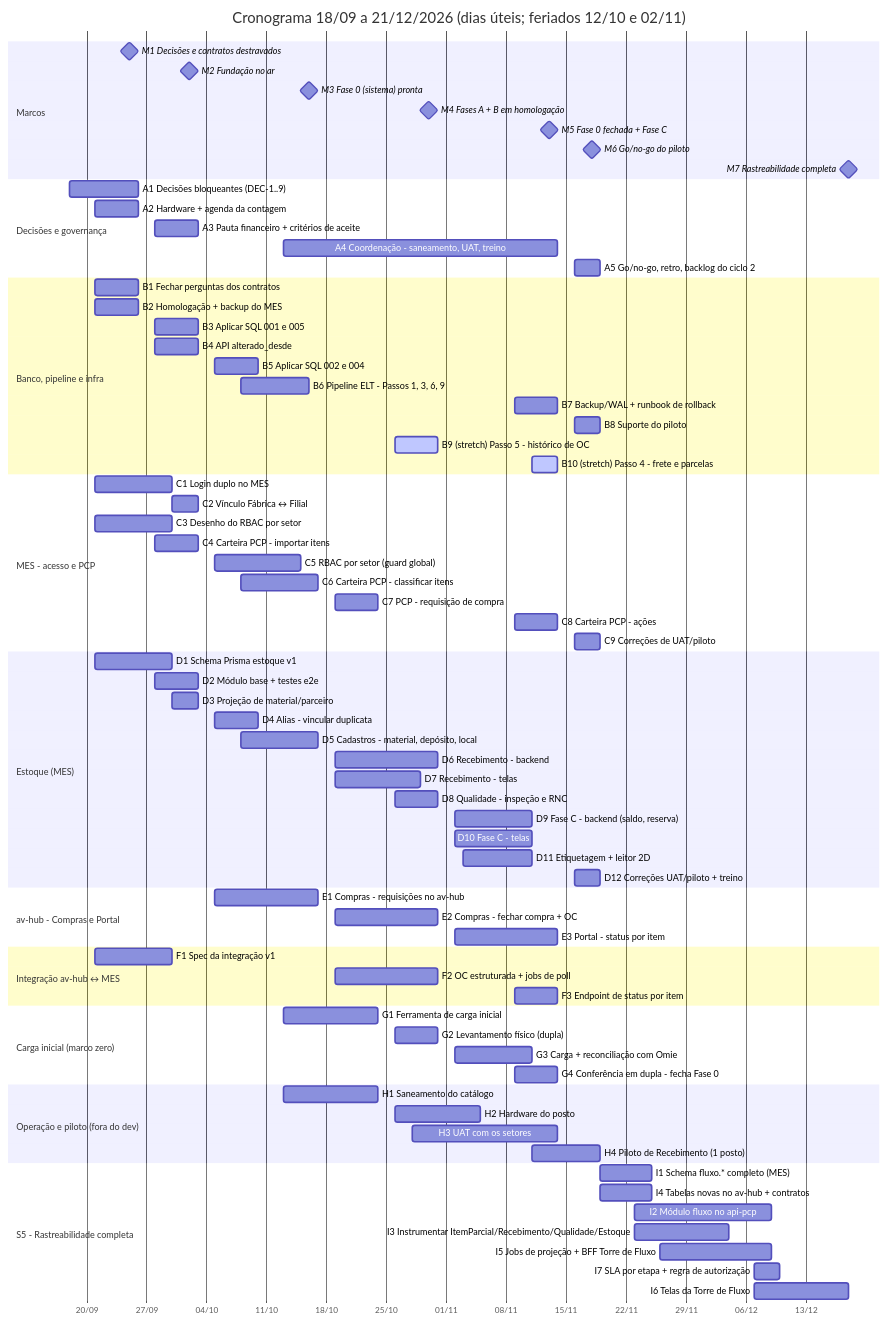
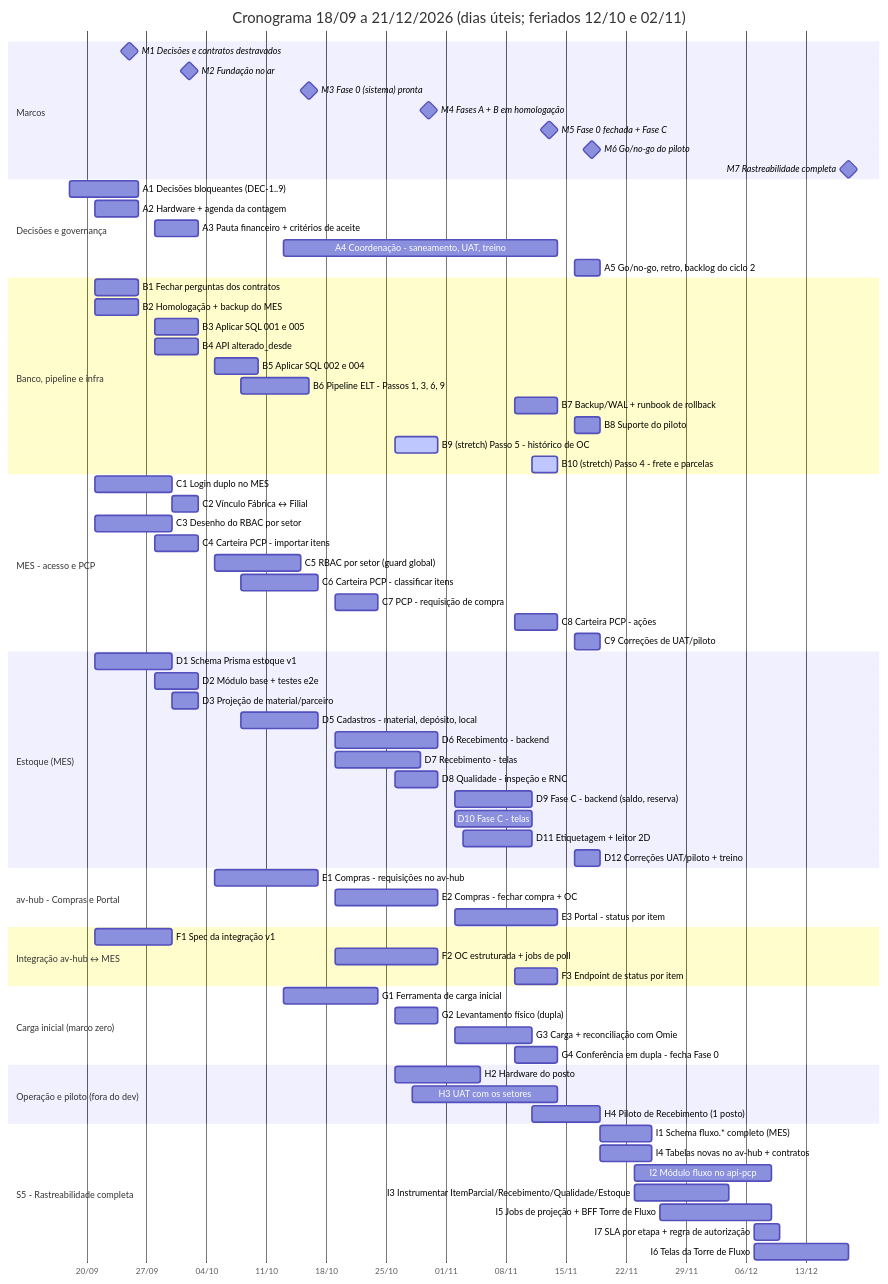
The diagram in 07-Cronograma/Cronograma-2-Meses.md (Acosvital/vault-avhub-mer), drawn with Mermaid before and after one commit. The commit also changed other lines of this file and 3 other files, not shown here.

````diff
--- a/07-Cronograma/Cronograma-2-Meses.md
+++ b/07-Cronograma/Cronograma-2-Meses.md
@@ -231,80 +231,78 @@
 ```mermaid
 gantt
     title Cronograma 18/09 a 21/12/2026 (dias úteis; feriados 12/10 e 02/11)
     dateFormat YYYY-MM-DD
     axisFormat %d/%m
     section Marcos
     M1 Decisões e contratos destravados :milestone, m1, 2026-09-25, 0d
     M2 Fundação no ar :milestone, m2, 2026-10-02, 0d
     M3 Fase 0 (sistema) pronta :milestone, m3, 2026-10-16, 0d
     M4 Fases A + B em homologação :milestone, m4, 2026-10-30, 0d
     M5 Fase 0 fechada + Fase C :milestone, m5, 2026-11-13, 0d
     M6 Go/no-go do piloto :milestone, m6, 2026-11-18, 0d
     M7 Rastreabilidade completa :milestone, m7, 2026-12-18, 0d
     section Decisões e governança
     A1 Decisões bloqueantes (DEC-1..9) :a1, 2026-09-18, 2026-09-26
     A2 Hardware + agenda da contagem :a2, 2026-09-21, 2026-09-26
     A3 Pauta financeiro + critérios de aceite :a3, 2026-09-28, 2026-10-03
     A4 Coordenação - saneamento, UAT, treino :a4, 2026-10-13, 2026-11-14
     A5 Go/no-go, retro, backlog do ciclo 2 :a5, 2026-11-16, 2026-11-19
     section Banco, pipeline e infra
     B1 Fechar perguntas dos contratos :b1, 2026-09-21, 2026-09-26
     B2 Homologação + backup do MES :b2, 2026-09-21, 2026-09-26
     B3 Aplicar SQL 001 e 005 :b3, 2026-09-28, 2026-10-03
     B4 API alterado_desde :b4, 2026-09-28, 2026-10-03
     B5 Aplicar SQL 002 e 004 :b5, 2026-10-05, 2026-10-10
     B6 Pipeline ELT - Passos 1, 3, 6, 9 :b6, 2026-10-08, 2026-10-16
     B7 Backup/WAL + runbook de rollback :b7, 2026-11-09, 2026-11-14
     B8 Suporte do piloto :b8, 2026-11-16, 2026-11-19
     B9 (stretch) Passo 5 - histórico de OC :active, b9, 2026-10-26, 2026-10-31
     B10 (stretch) Passo 4 - frete e parcelas :active, b10, 2026-11-11, 2026-11-14
     section MES - acesso e PCP
     C1 Login duplo no MES :c1, 2026-09-21, 2026-09-30
     C2 Vínculo Fábrica ↔ Filial :c2, 2026-09-30, 2026-10-03
     C3 Desenho do RBAC por setor :c3, 2026-09-21, 2026-09-30
     C4 Carteira PCP - importar itens :c4, 2026-09-28, 2026-10-03
     C5 RBAC por setor (guard global) :c5, 2026-10-05, 2026-10-15
     C6 Carteira PCP - classificar itens :c6, 2026-10-08, 2026-10-17
     C7 PCP - requisição de compra :c7, 2026-10-19, 2026-10-24
     C8 Carteira PCP - ações :c8, 2026-11-09, 2026-11-14
     C9 Correções de UAT/piloto :c9, 2026-11-16, 2026-11-19
     section Estoque (MES)
     D1 Schema Prisma estoque v1 :d1, 2026-09-21, 2026-09-30
     D2 Módulo base + testes e2e :d2, 2026-09-28, 2026-10-03
     D3 Projeção de material/parceiro :d3, 2026-09-30, 2026-10-03
-    D4 Alias - vincular duplicata :d4, 2026-10-05, 2026-10-10
     D5 Cadastros - material, depósito, local :d5, 2026-10-08, 2026-10-17
     D6 Recebimento - backend :d6, 2026-10-19, 2026-10-31
     D7 Recebimento - telas :d7, 2026-10-19, 2026-10-29
     D8 Qualidade - inspeção e RNC :d8, 2026-10-26, 2026-10-31
     D9 Fase C - backend (saldo, reserva) :d9, 2026-11-02, 2026-11-11
     D10 Fase C - telas :d10, 2026-11-02, 2026-11-11
     D11 Etiquetagem + leitor 2D :d11, 2026-11-03, 2026-11-11
     D12 Correções UAT/piloto + treino :d12, 2026-11-16, 2026-11-19
     section av-hub - Compras e Portal
     E1 Compras - requisições no av-hub :e1, 2026-10-05, 2026-10-17
     E2 Compras - fechar compra + OC :e2, 2026-10-19, 2026-10-31
     E3 Portal - status por item :e3, 2026-11-02, 2026-11-14
     section Integração av-hub ↔ MES
     F1 Spec da integração v1 :f1, 2026-09-21, 2026-09-30
     F2 OC estruturada + jobs de poll :f2, 2026-10-19, 2026-10-31
     F3 Endpoint de status por item :f3, 2026-11-09, 2026-11-14
     section Carga inicial (marco zero)
     G1 Ferramenta de carga inicial :g1, 2026-10-13, 2026-10-24
     G2 Levantamento físico (dupla) :g2, 2026-10-26, 2026-10-31
     G3 Carga + reconciliação com Omie :g3, 2026-11-02, 2026-11-11
     G4 Conferência em dupla - fecha Fase 0 :g4, 2026-11-09, 2026-11-14
     section Operação e piloto (fora do dev)
-    H1 Saneamento do catálogo :h1, 2026-10-13, 2026-10-24
     H2 Hardware do posto :h2, 2026-10-26, 2026-11-05
     H3 UAT com os setores :h3, 2026-10-28, 2026-11-14
     H4 Piloto de Recebimento (1 posto) :h4, 2026-11-11, 2026-11-19
     section S5 - Rastreabilidade completa
     I1 Schema fluxo.* completo (MES) :i1, 2026-11-19, 2026-11-25
     I4 Tabelas novas no av-hub + contratos :i4, 2026-11-19, 2026-11-25
     I2 Módulo fluxo no api-pcp :i2, 2026-11-23, 2026-12-09
     I3 Instrumentar ItemParcial/Recebimento/Qualidade/Estoque :i3, 2026-11-23, 2026-12-04
     I5 Jobs de projeção + BFF Torre de Fluxo :i5, 2026-11-26, 2026-12-09
     I7 SLA por etapa + regra de autorização :i7, 2026-12-07, 2026-12-10
     I6 Telas da Torre de Fluxo :i6, 2026-12-07, 2026-12-18
 ```
````
